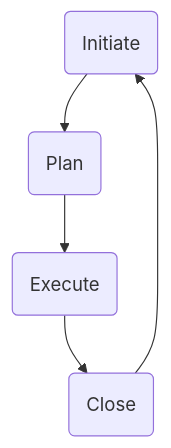
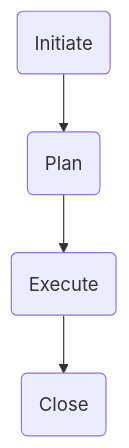
Before and after one commit to isa-Lai/blog: the diagram in _posts/2021-09-06-project-life-cycle.md, drawn with Mermaid. The commit also changed other lines of this file, not shown here.

````diff
--- a/_posts/2021-09-06-project-life-cycle.md
+++ b/_posts/2021-09-06-project-life-cycle.md
@@ -10,7 +10,6 @@
 ```mermaid!
 graph TD
 A(Initiate) --> B(Plan)
   B --> C(Execute)
   C --> D(Close)
-  D --> A
 ```
````
